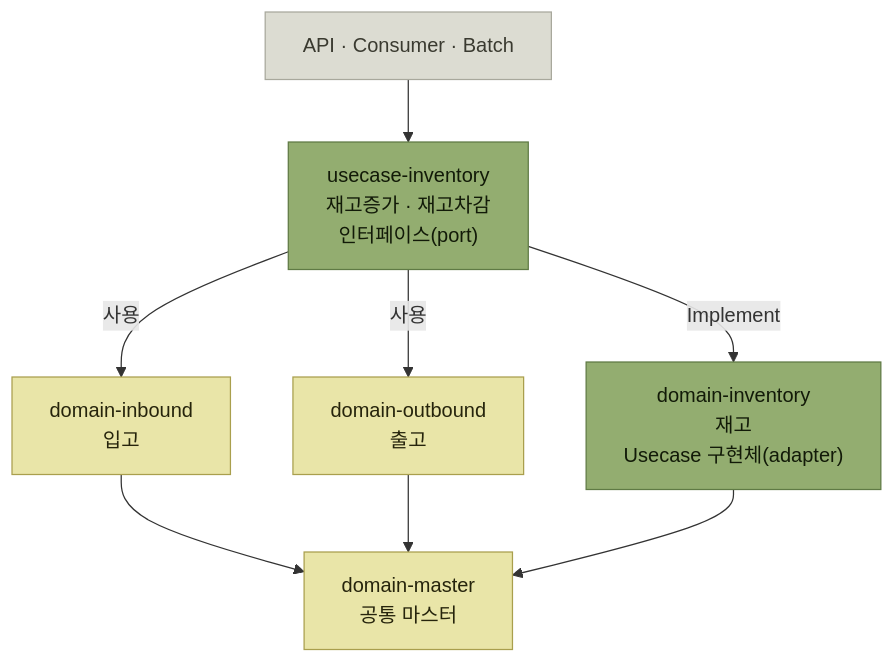
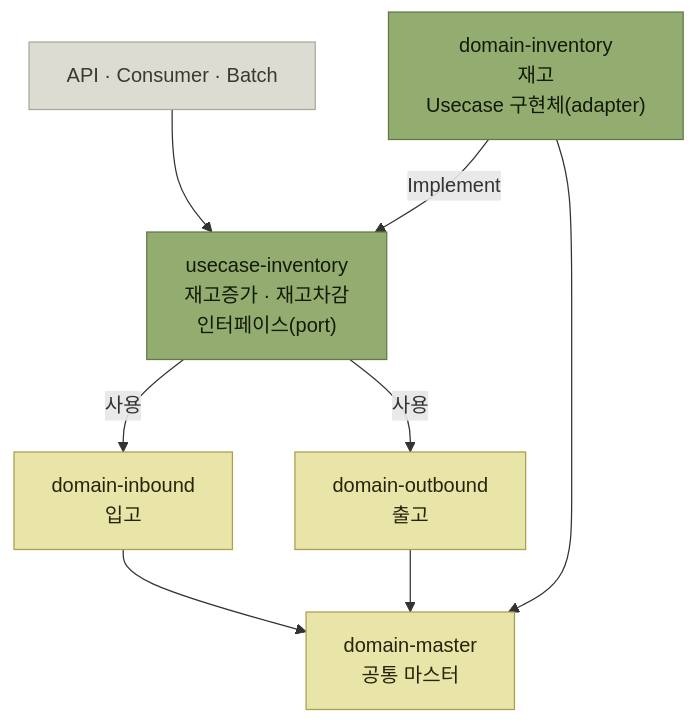
One commit to devholic22/logistics-backend-study changed the second of 2 diagrams in books/요즘-우아한-백엔드-개발/02-전체-서비스를-관통하는-도메인-모듈-안전하게-분리하기/2-Step-1-도메인-간-결합-끊기.md. Above: the diagram before and after it, drawn with Mermaid.

Commit message:
docs: address domain dependency diagram review

````diff
--- a/books/요즘-우아한-백엔드-개발/02-전체-서비스를-관통하는-도메인-모듈-안전하게-분리하기/2-Step-1-도메인-간-결합-끊기.md
+++ b/books/요즘-우아한-백엔드-개발/02-전체-서비스를-관통하는-도메인-모듈-안전하게-분리하기/2-Step-1-도메인-간-결합-끊기.md
@@ -100,26 +100,26 @@
 ```mermaid
 flowchart TB
     APP["API · Consumer · Batch"]
     UC["usecase-inventory<br/>재고증가 · 재고차감<br/>인터페이스(port)"]
     DIN["domain-inbound<br/>입고"]
     DOUT["domain-outbound<br/>출고"]
     DINV["domain-inventory<br/>재고<br/>Usecase 구현체(adapter)"]
     DM["domain-master<br/>공통 마스터"]
 
     APP --> UC
     UC -- "사용" --> DIN
     UC -- "사용" --> DOUT
-    UC -- "Implement" --> DINV
+    DINV -- "Implement" --> UC
     DIN --> DM
     DOUT --> DM
     DINV --> DM
 
     %% lint-ok: DEAD-END  domain-master는 모든 도메인이 참조하는 최하위 공통 모듈이므로 나가는 의존이 없는 것이 맞다
     %% lint-ok: NO-INBOUND  모듈 의존 관계도다. App 레이어는 의존하는 쪽이므로 들어오는 화살표가 없는 것이 맞다
     classDef core fill:#93ad70,stroke:#5f7a44,color:#121a08
     classDef sys fill:#e9e5a8,stroke:#a99f4d,color:#26240c
     classDef muted fill:#dcdcd2,stroke:#a8a89c,color:#3a3a30
     class UC,DINV core
     class DIN,DOUT,DM sys
     class APP muted
 ```
````
